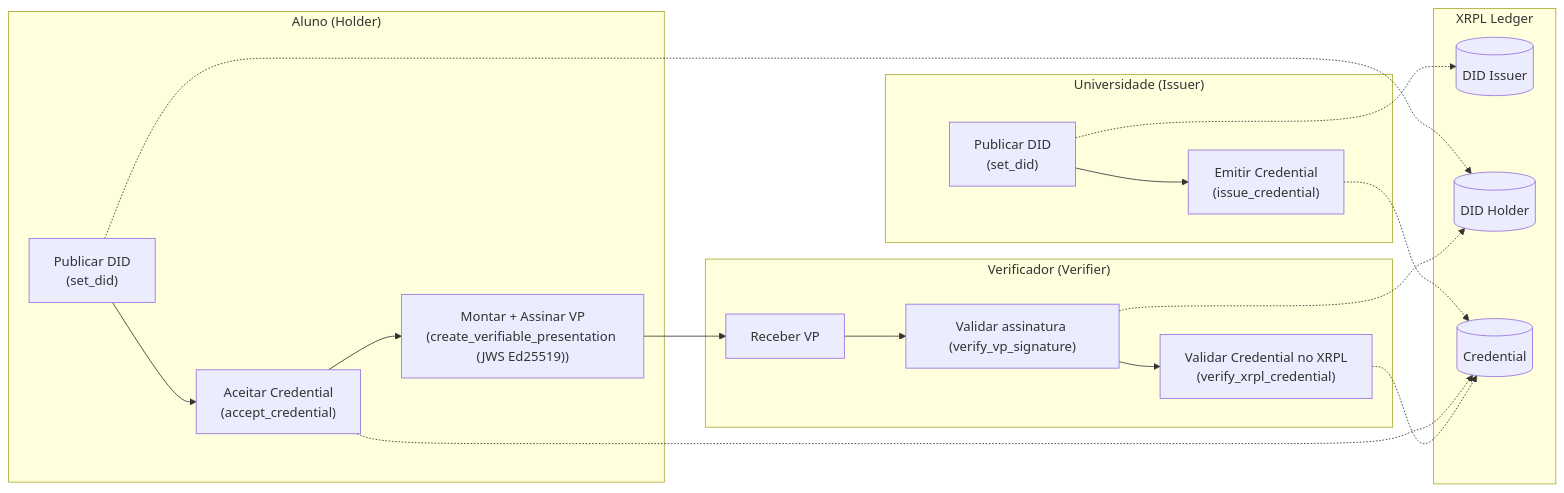
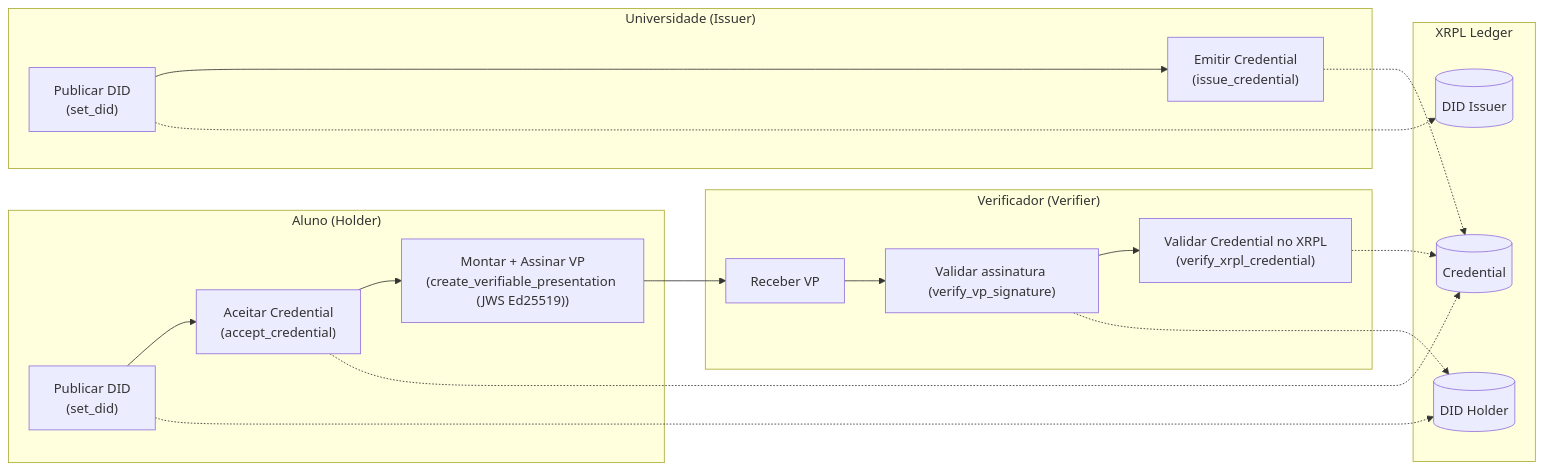
One commit to mauriciopillon/didproject changed the diagram in xrpl/readme.md. Above: the diagram before and after it, drawn with Mermaid. The commit also changed other lines of this file, not shown here.

````diff
--- a/xrpl/readme.md
+++ b/xrpl/readme.md
@@ -33,32 +33,32 @@
 ```mermaid
 flowchart LR
   subgraph ISSUER["Universidade (Issuer)"]
-    I1["Publicar DID <br/>(set_did)"] --> I2["Emitir Credential<br/>(issue_credential)"]
+    I1["Publicar DID <br/>(set_did)"] ------> I2["Emitir Credential<br/>(issue_credential)"]
   end
 
   subgraph HOLDER["Aluno (Holder)"]
     H1["Publicar DID <br/>(set_did)"] --> H2["Aceitar Credential<br/>(accept_credential)"]
     H2 --> H3["Montar + Assinar VP<br/>(create_verifiable_presentation (JWS Ed25519))"]
   end
 
   subgraph VERIFIER["Verificador (Verifier)"]
     V1["Receber VP"] --> V2["Validar assinatura (verify_vp_signature) "]
     V2 --> V3["Validar Credential no XRPL<br/>(verify_xrpl_credential)"]
   end
 
   subgraph XRPL["XRPL Ledger"]
     L1[("DID Issuer")]
     L2[("DID Holder")]
     L3[("Credential")]
   end
 
   I1 -.-> L1
   I2 -.-> L3
   H1 -.-> L2
   H2 -.-> L3
 
   H3 --> V1
   V2 -.-> L2
   V3 -.-> L3
 
 ```
````
